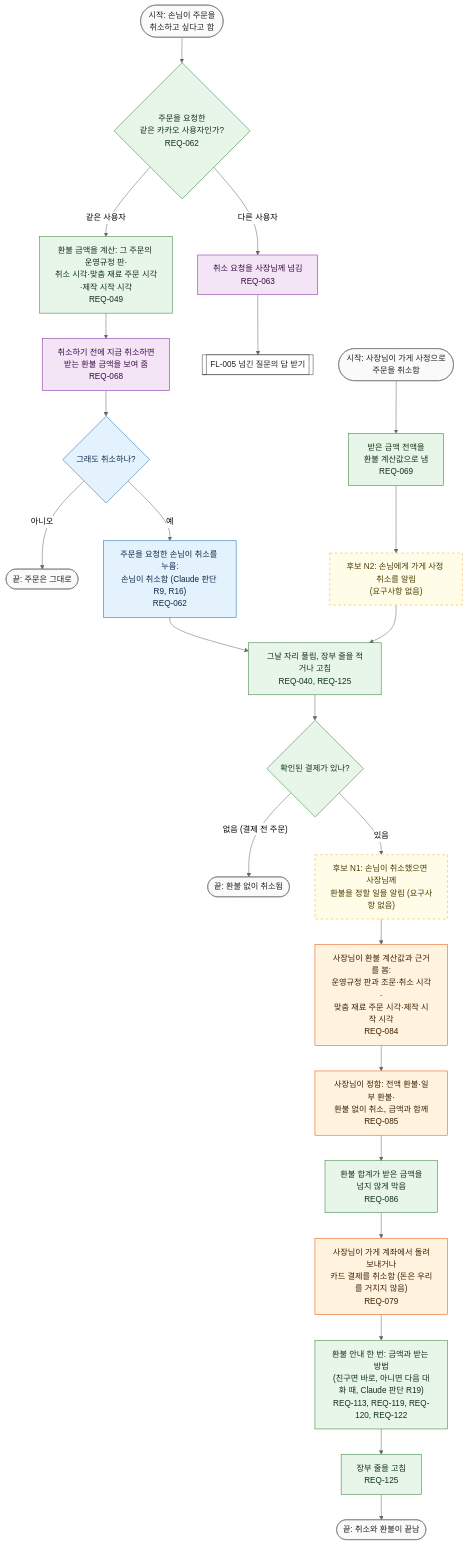
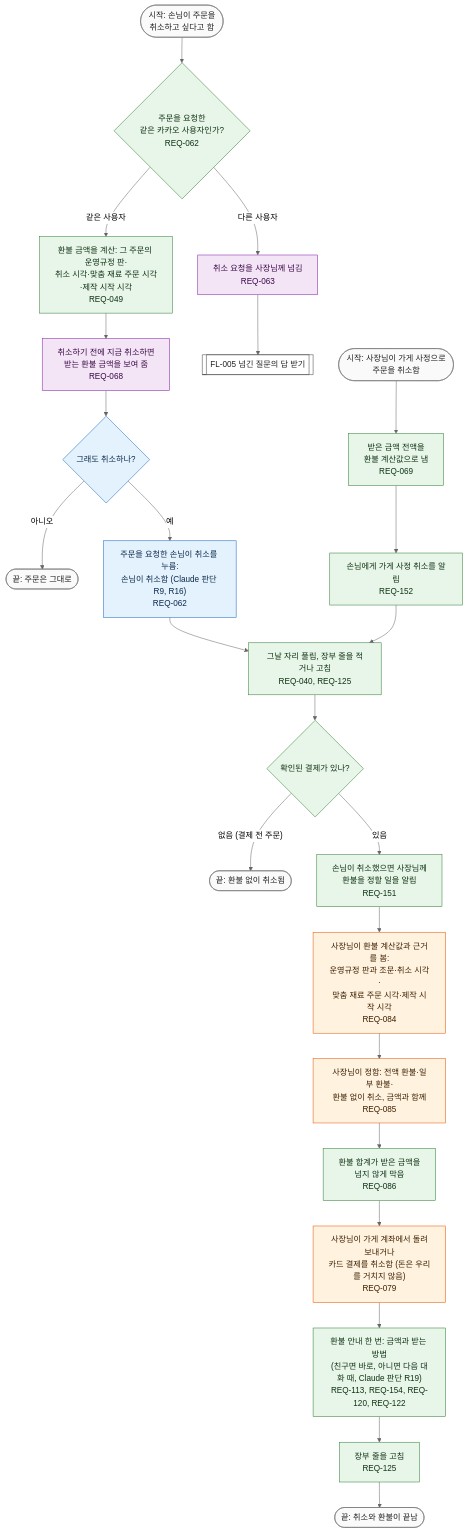
Before and after one commit to kodonghui/siljang.ai: the diagram in docs/03-user-flow/FL-009-cancel-and-refund.md, drawn with Mermaid (neutral theme). The commit also changed other lines of this file and 17 other files, not shown here.

First line of the commit message:
docs(flow): 03단계 확정을 반영하고 요구사항 2판을 더함

````diff
--- a/docs/03-user-flow/FL-009-cancel-and-refund.md
+++ b/docs/03-user-flow/FL-009-cancel-and-refund.md
@@ -18,51 +18,51 @@
 ```mermaid
 flowchart TD
   S1(["시작: 손님이 주문을<br/>취소하고 싶다고 함"])
   S2(["시작: 사장님이 가게 사정으로<br/>주문을 취소함"])
   D0{"주문을 요청한<br/>같은 카카오 사용자인가?<br/>REQ-062"}
   X1["취소 요청을 사장님께 넘김<br/>REQ-063"]
   F5[["FL-005 넘긴 질문의 답 받기"]]
   X2["환불 금액을 계산: 그 주문의 운영규정 판·<br/>취소 시각·맞춤 재료 주문 시각·제작 시작 시각<br/>REQ-049"]
   X3["취소하기 전에 지금 취소하면<br/>받는 환불 금액을 보여 줌<br/>REQ-068"]
   D1{"그래도 취소하나?"}
   E0(["끝: 주문은 그대로"])
   X4["주문을 요청한 손님이 취소를 누름:<br/>손님이 취소함 (Claude 판단 R9, R16)<br/>REQ-062"]
   X5["받은 금액 전액을<br/>환불 계산값으로 냄<br/>REQ-069"]
-  G2["후보 N2: 손님에게 가게 사정 취소를 알림<br/>(요구사항 없음)"]
+  G2["손님에게 가게 사정 취소를 알림<br/>REQ-152"]
   X6["그날 자리 풀림, 장부 줄을 적거나 고침<br/>REQ-040, REQ-125"]
   D2{"확인된 결제가 있나?"}
   E1(["끝: 환불 없이 취소됨"])
-  G1["후보 N1: 손님이 취소했으면 사장님께<br/>환불을 정할 일을 알림 (요구사항 없음)"]
+  G1["손님이 취소했으면 사장님께<br/>환불을 정할 일을 알림<br/>REQ-151"]
   X7["사장님이 환불 계산값과 근거를 봄:<br/>운영규정 판과 조문·취소 시각·<br/>맞춤 재료 주문 시각·제작 시작 시각<br/>REQ-084"]
   X8["사장님이 정함: 전액 환불·일부 환불·<br/>환불 없이 취소, 금액과 함께<br/>REQ-085"]
   X9["환불 합계가 받은 금액을<br/>넘지 않게 막음<br/>REQ-086"]
   X10["사장님이 가게 계좌에서 돌려보내거나<br/>카드 결제를 취소함 (돈은 우리를 거치지 않음)<br/>REQ-079"]
-  X11["환불 안내 한 번: 금액과 받는 방법<br/>(친구면 바로, 아니면 다음 대화 때, Claude 판단 R19)<br/>REQ-113, REQ-119, REQ-120, REQ-122"]
+  X11["환불 안내 한 번: 금액과 받는 방법<br/>(친구면 바로, 아니면 다음 대화 때, Claude 판단 R19)<br/>REQ-113, REQ-154, REQ-120, REQ-122"]
   X12["장부 줄을 고침<br/>REQ-125"]
   E2(["끝: 취소와 환불이 끝남"])
 
   S1 --> D0
   D0 -->|"다른 사용자"| X1 --> F5
   D0 -->|"같은 사용자"| X2 --> X3 --> D1
   D1 -->|"아니오"| E0
   D1 -->|"예"| X4 --> X6
   S2 --> X5 --> G2 --> X6
   X6 --> D2
   D2 -->|"없음 (결제 전 주문)"| E1
   D2 -->|"있음"| G1 --> X7 --> X8 --> X9 --> X10 --> X11 --> X12 --> E2
 
   classDef cust fill:#e3f2fd,stroke:#1565c0,color:#0d2a4a
   classDef ai fill:#f3e5f5,stroke:#7b1fa2,color:#3b0a4a
   classDef owner fill:#fff3e0,stroke:#e65100,color:#3e2000
   classDef svc fill:#e8f5e9,stroke:#2e7d32,color:#0f3313
   classDef gap fill:#fffde7,stroke:#f9a825,stroke-dasharray:5 5,color:#4a3b00
   classDef flow fill:#ffffff,stroke:#424242,color:#212121
   classDef term fill:#fafafa,stroke:#757575,color:#212121
   class D1,X4 cust
   class X1,X3 ai
   class X7,X8,X10 owner
   class D0,X2,X5,X6,D2,X9,X11,X12 svc
-  class G1,G2 gap
+  class G1,G2 svc
   class F5 flow
   class S1,S2,E0,E1,E2 term
 ```
````
